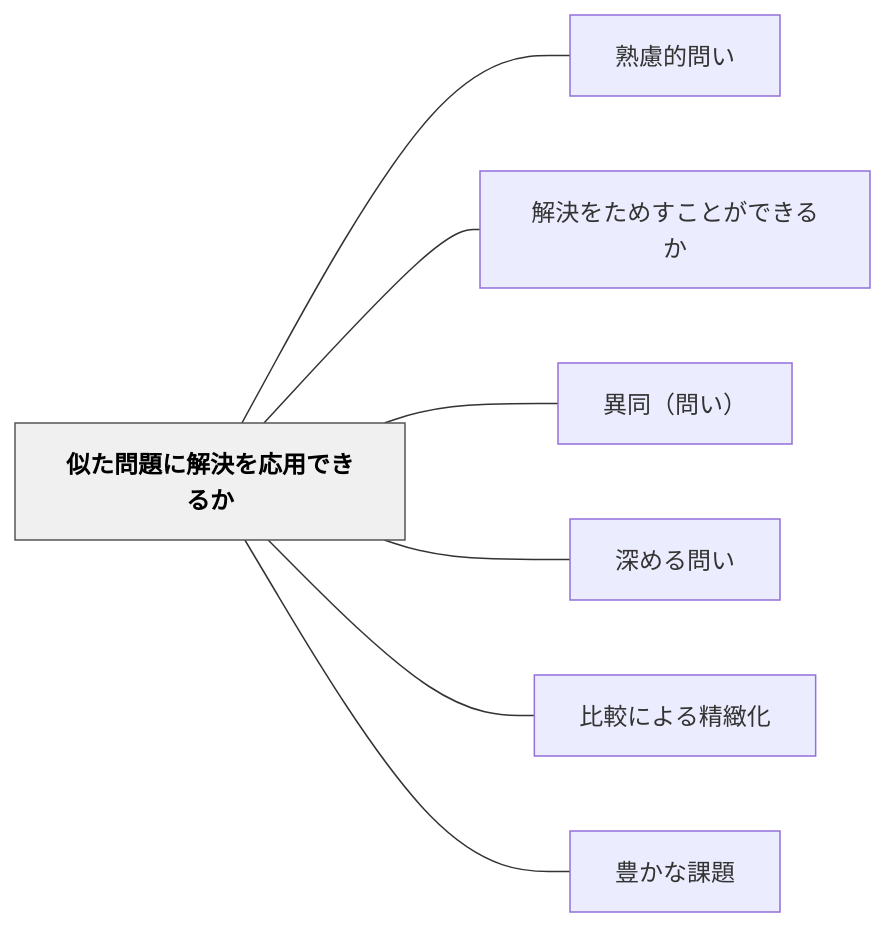
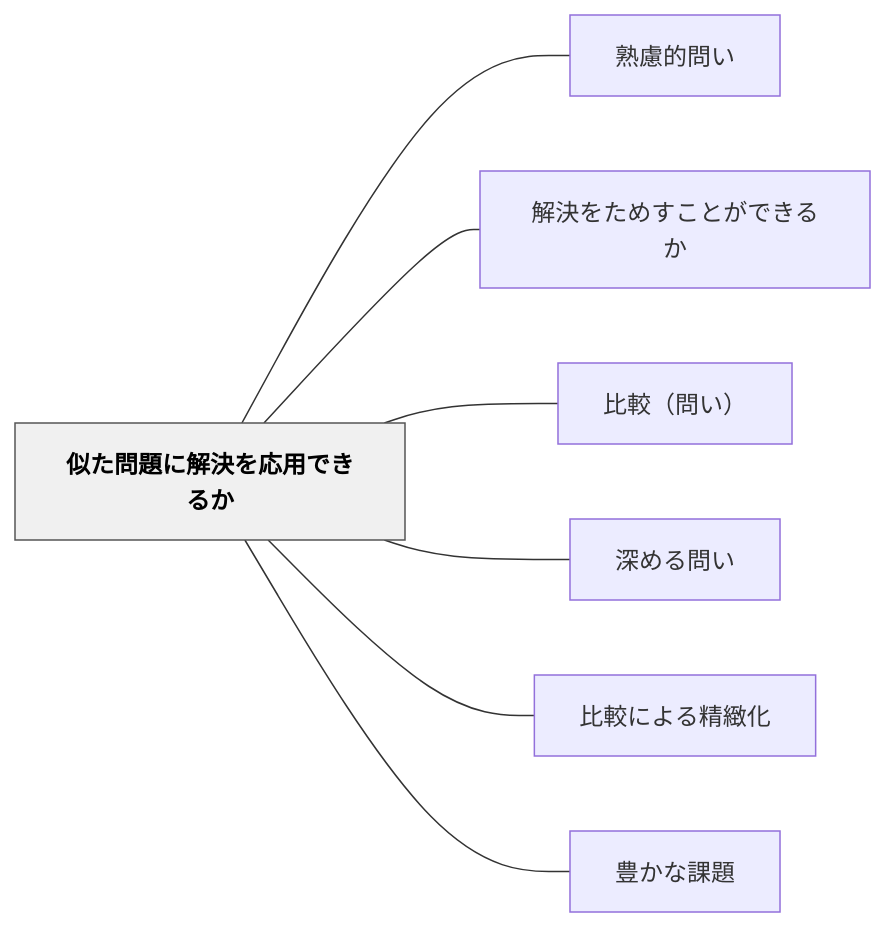
Before and after one commit to unknownthings-ed-patterns/unknownthings-ed-patterns: the diagram in content/パタン/似た問題に解決を応用できるか.md, drawn with Mermaid. The commit also changed other lines of this file and 9 other files, not shown here.

````diff
--- a/content/パタン/似た問題に解決を応用できるか.md
+++ b/content/パタン/似た問題に解決を応用できるか.md
@@ -44,20 +44,20 @@
 ```mermaid
 flowchart LR
     ne4bcbce3819fe5958fe9a18ce381abe8a7a3e6b1bae38292e5bf9ce794a8e381a7e3818de3828be3818b["似た問題に解決を応用できるか"]
     ne7869fe685aee79a84e5958fe38184["熟慮的問い"]
     ne8a7a3e6b1bae38292e3819fe38281e38199e38193e381a8e3818ce381a7e3818de3828be3818b["解決をためすことができるか"]
-    ne795b0e5908cefbc88e5958fe38184efbc89["異同（問い）"]
+    ne6af94e8bc83efbc88e5958fe38184efbc89["比較（問い）"]
     ne6b7b1e38281e3828be5958fe38184["深める問い"]
     ne6af94e8bc83e381abe38288e3828be7b2bee7b7bbe58c96["比較による精緻化"]
     ne8b18ae3818be381aae8aab2e9a18c["豊かな課題"]
 
     ne4bcbce3819fe5958fe9a18ce381abe8a7a3e6b1bae38292e5bf9ce794a8e381a7e3818de3828be3818b --- ne7869fe685aee79a84e5958fe38184
     ne4bcbce3819fe5958fe9a18ce381abe8a7a3e6b1bae38292e5bf9ce794a8e381a7e3818de3828be3818b --- ne8a7a3e6b1bae38292e3819fe38281e38199e38193e381a8e3818ce381a7e3818de3828be3818b
-    ne4bcbce3819fe5958fe9a18ce381abe8a7a3e6b1bae38292e5bf9ce794a8e381a7e3818de3828be3818b --- ne795b0e5908cefbc88e5958fe38184efbc89
+    ne4bcbce3819fe5958fe9a18ce381abe8a7a3e6b1bae38292e5bf9ce794a8e381a7e3818de3828be3818b --- ne6af94e8bc83efbc88e5958fe38184efbc89
     ne4bcbce3819fe5958fe9a18ce381abe8a7a3e6b1bae38292e5bf9ce794a8e381a7e3818de3828be3818b --- ne6b7b1e38281e3828be5958fe38184
     ne4bcbce3819fe5958fe9a18ce381abe8a7a3e6b1bae38292e5bf9ce794a8e381a7e3818de3828be3818b --- ne6af94e8bc83e381abe38288e3828be7b2bee7b7bbe58c96
     ne4bcbce3819fe5958fe9a18ce381abe8a7a3e6b1bae38292e5bf9ce794a8e381a7e3818de3828be3818b --- ne8b18ae3818be381aae8aab2e9a18c
 
     classDef hub fill:#f0f0f0,stroke:#555,color:#000,font-weight:bold
     class ne4bcbce3819fe5958fe9a18ce381abe8a7a3e6b1bae38292e5bf9ce794a8e381a7e3818de3828be3818b hub
 ```
````
